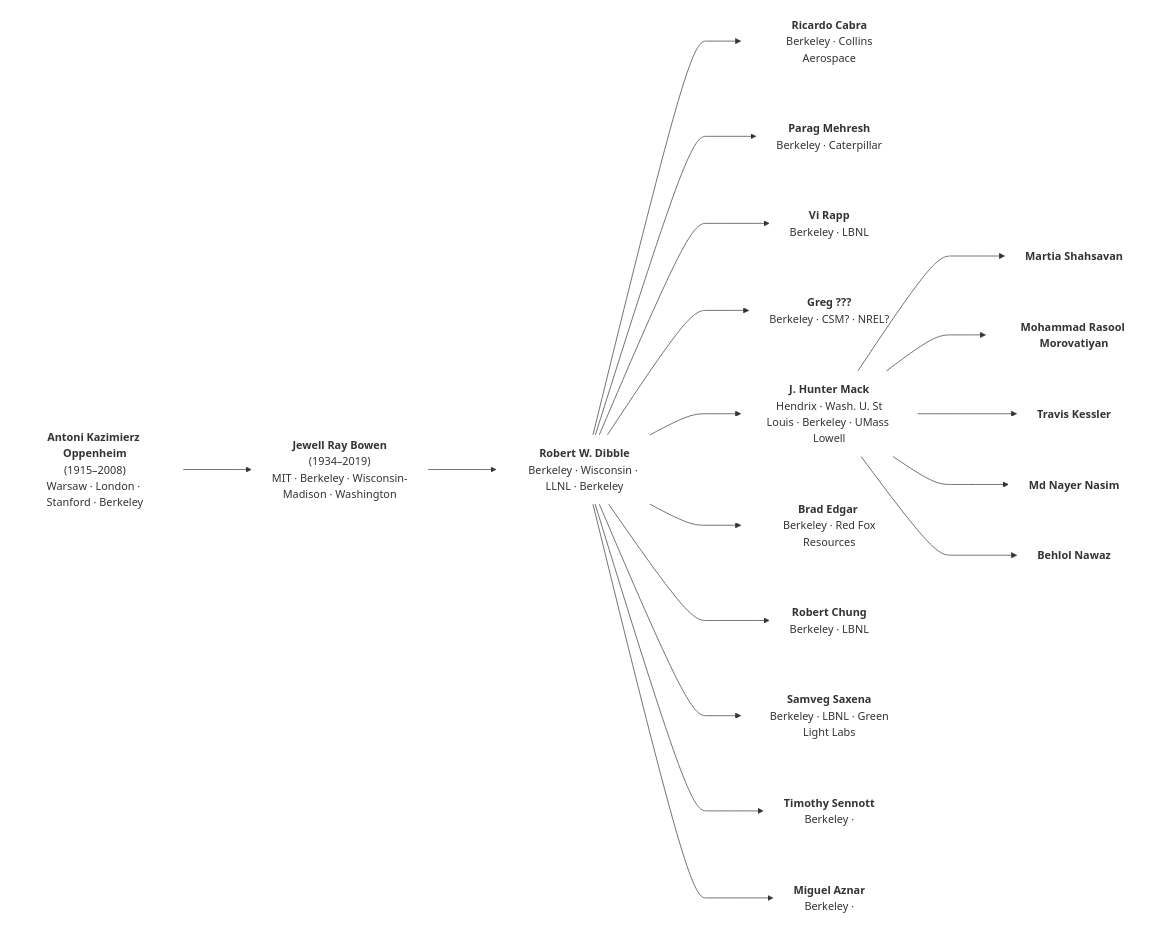
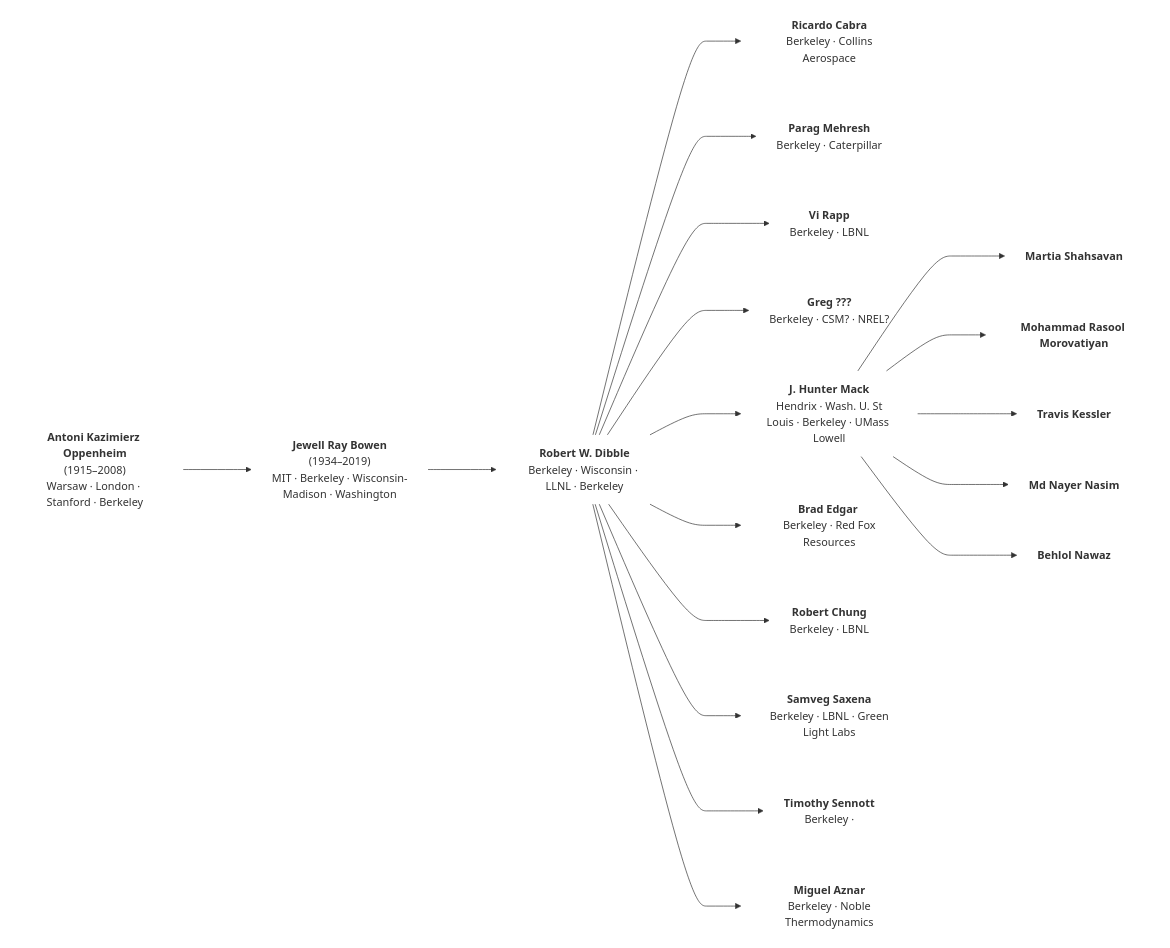
Before and after one commit to bnawaz95/ECRL-acad-tree: the diagram in acad_tree.md, drawn with Mermaid.

````diff
--- a/acad_tree.md
+++ b/acad_tree.md
@@ -1,48 +1,48 @@
 ```mermaid
 graph LR
     A["<b>Antoni Kazimierz Oppenheim</b><br/>(1915–2008)<br/>Warsaw · London · Stanford · Berkeley"]
 
     B["<b>Jewell Ray Bowen</b><br/>(1934–2019)<br/>MIT · Berkeley · Wisconsin-Madison · Washington"]
 
     C["<b>Robert W. Dibble</b><br/>Berkeley · Wisconsin · LLNL · Berkeley"]
 
     D1["<b>Ricardo Cabra</b><br/> Berkeley · Collins Aerospace"]
     D2["<b>Parag Mehresh</b><br/> Berkeley · Caterpillar"]
     D3["<b>Vi Rapp</b><br/> Berkeley · LBNL"]
     D4["<b>Greg ???</b><br/> Berkeley · CSM? · NREL?"]
     D0["<b>J. Hunter Mack</b><br/> Hendrix · Wash. U. St Louis · Berkeley · UMass Lowell"]
     D5["<b>Brad Edgar </b><br/> Berkeley · Red Fox Resources"]
     D6["<b>Robert Chung</b><br/> Berkeley · LBNL"]
     D7["<b>Samveg Saxena</b><br/> Berkeley · LBNL · Green Light Labs"]
     D8["<b>Timothy Sennott</b><br/> Berkeley · "]
-    D9["<b>Miguel Aznar</b><br/> Berkeley · "]
+    D9["<b>Miguel Aznar</b><br/> Berkeley · Noble Thermodynamics"]
 
     E["<b>Martia Shahsavan</b>"]
     F["<b>Mohammad Rasool Morovatiyan</b>"]
     G["<b>Travis Kessler</b>"]
     H["<b>Md Nayer Nasim</b>"]
     I["<b>Behlol Nawaz</b>"]
 
     A ---> B
     B ---> C
 
     C ---> D0
     C ---> D1
     C ---> D2
     C ---> D3
     C ---> D4
     C ---> D5
     C ---> D6
     C ---> D7
     C ---> D8
     C ---> D9
 
     D0 ---> E
     D0 ---> F
     D0 ---> G
     D0 ---> H
     D0 ---> I
 
 classDef noBorder stroke:none,stroke-width:0px,fill:None;
 class A,B,C,D0,D1,D2,D3,D4,D5,D6,D6,D7,D8,D9,E,F,G,H,I, noBorder
 ```
````
